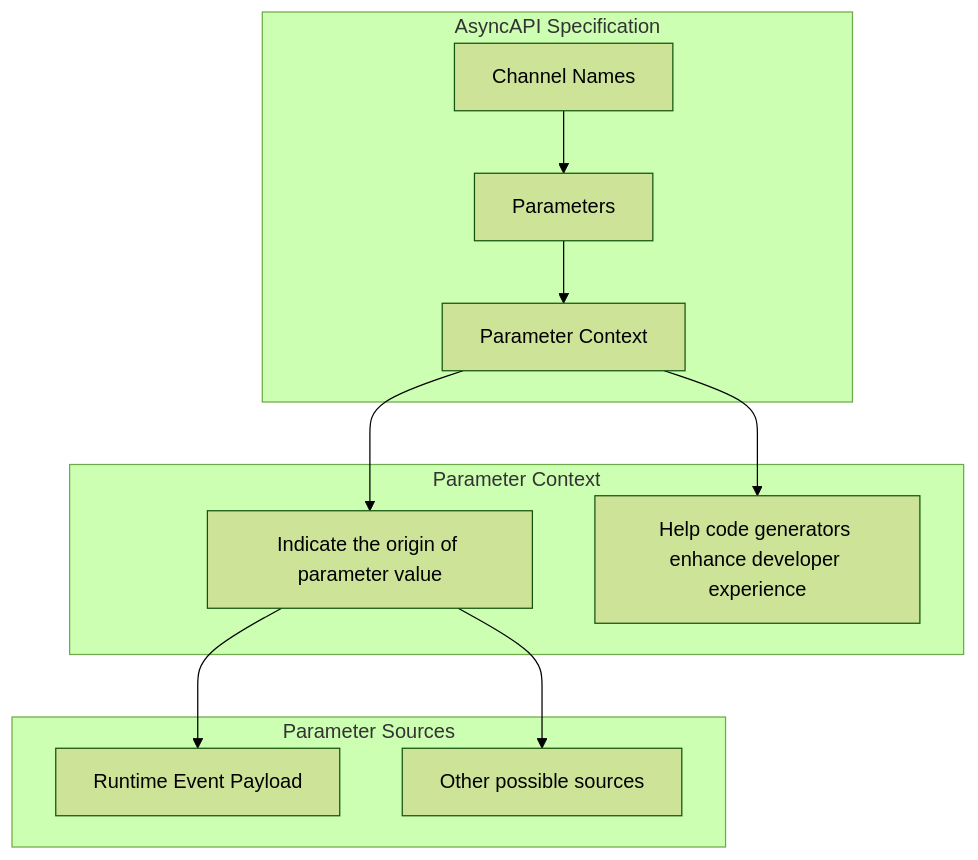
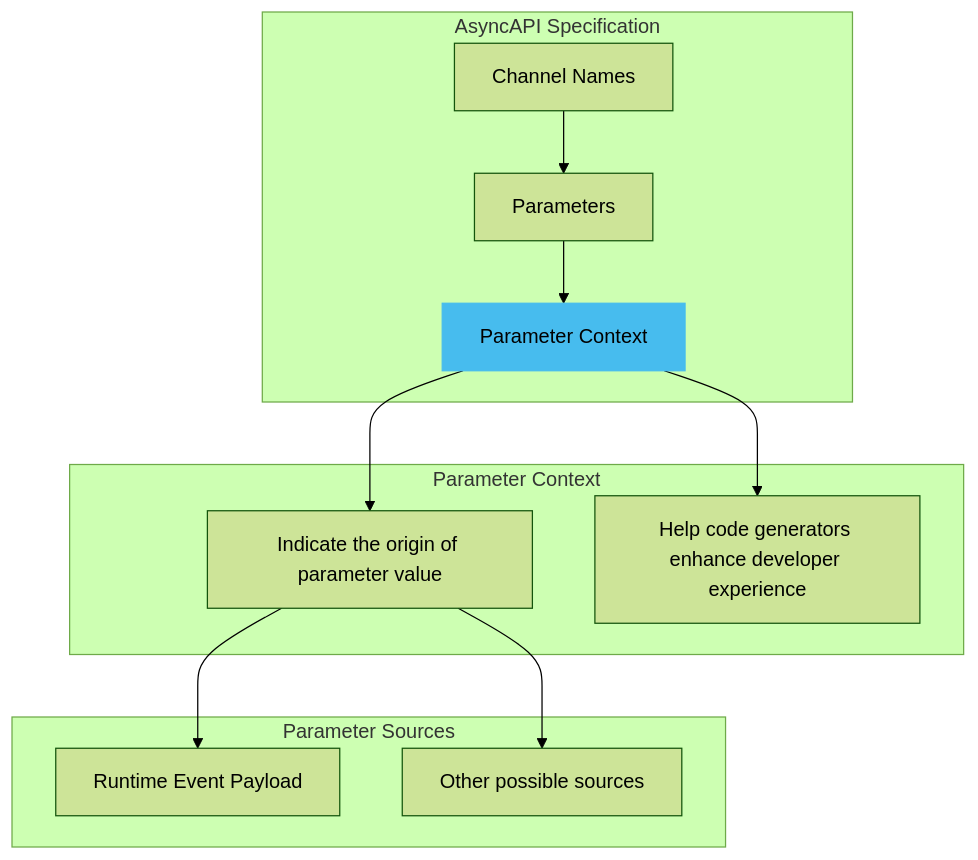
The second of 2 diagrams in pages/docs/concepts/asyncapi-document/dynamic-channel-names.md (asyncapi/website), drawn with Mermaid (forest theme) before and after one commit. The commit also changed other lines of this file and 1 other file, not shown here.

````diff
--- a/pages/docs/concepts/asyncapi-document/dynamic-channel-names.md
+++ b/pages/docs/concepts/asyncapi-document/dynamic-channel-names.md
@@ -38,16 +30,19 @@
 ```mermaid
 flowchart TB
     subgraph "AsyncAPI Specification"
         A[Channel Names] --> B[Parameters]
         B --> C[Parameter Context]
+
+        style C fill:#47BCEE,stroke:#47BCEE;
+
     end
     subgraph "Parameter Context"
         C --> D[Indicate the origin of parameter value]
         C --> E[Help code generators enhance developer experience]
     end
     subgraph "Parameter Sources"
         D --> F[Runtime Event Payload]
         D --> G[Other possible sources]
     end
 
 ```
````
